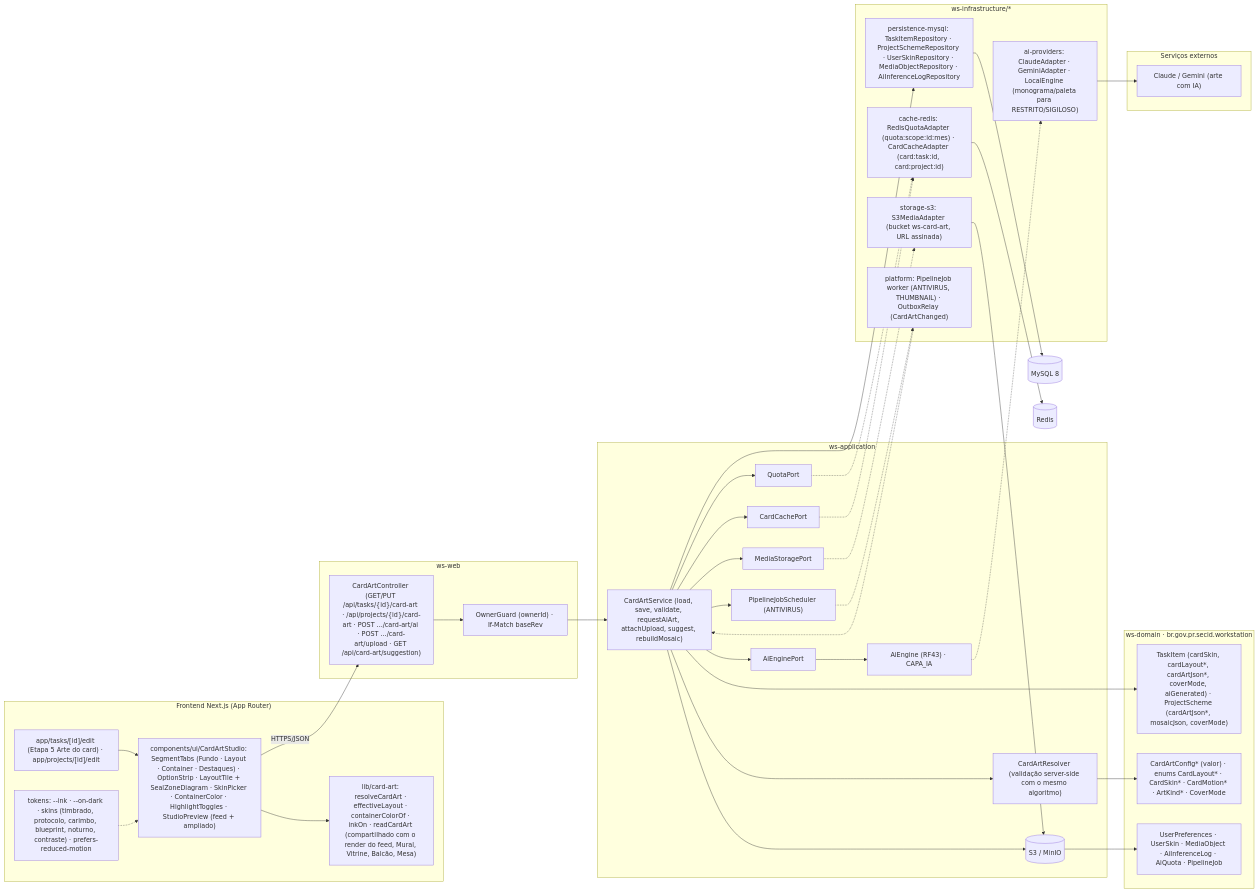
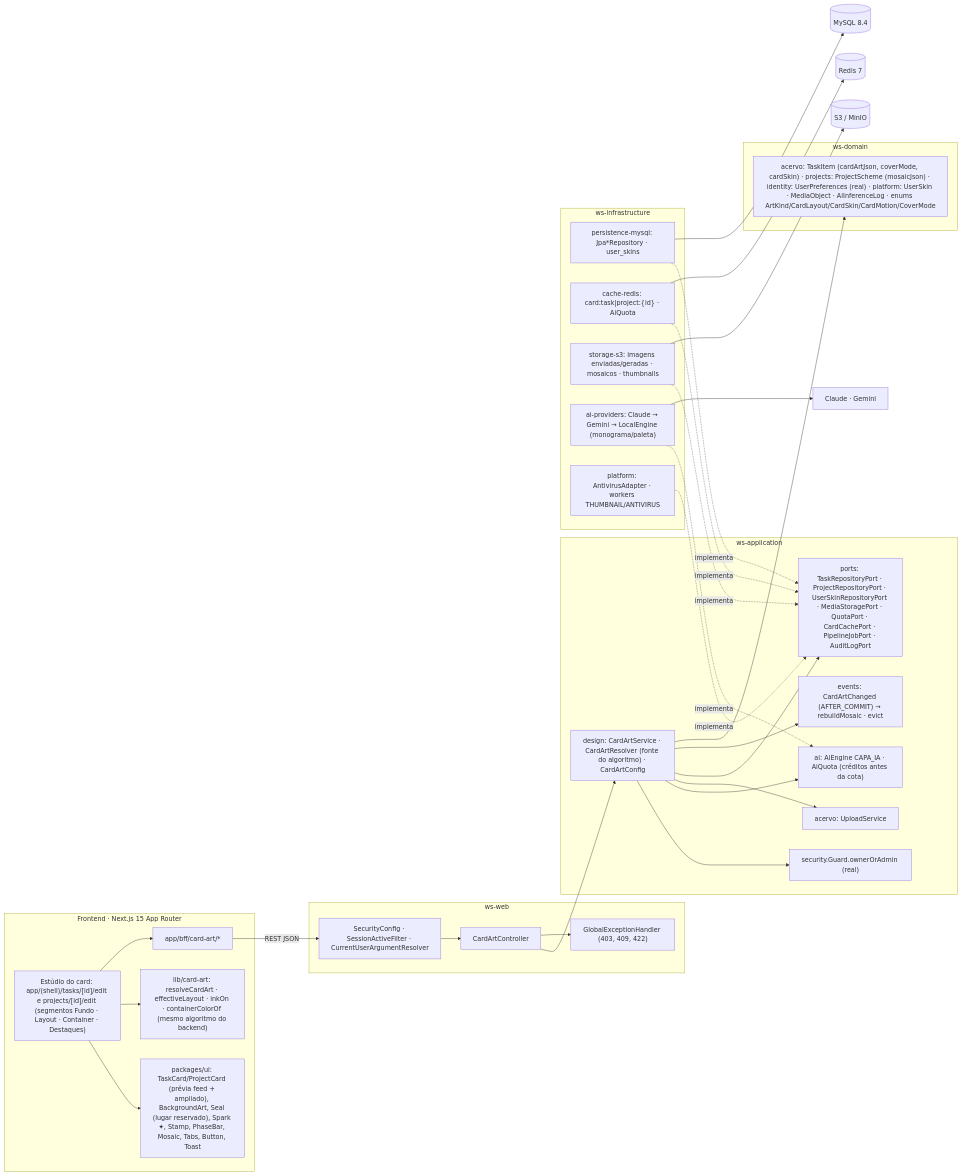
One commit to MatheusHaliski/Decia-app-2026 changed the fifth of 5 diagrams in docs/diagramas/RF11/README.md. Above: the diagram before and after it, drawn with Mermaid. The commit also changed other lines of this file and 4 other files, not shown here.

First line of the commit message:
docs(diagramas): reescreve RF11–RF15 (estúdio do card, editar esquema, gerar artefato, página do departamento, página da empresa)

````diff
--- a/docs/diagramas/RF11/README.md
+++ b/docs/diagramas/RF11/README.md
@@ -509,69 +423,53 @@
 ```mermaid
 flowchart LR
-  subgraph FE["Frontend Next.js (App Router)"]
-    FE1["app/tasks/[id]/edit (Etapa 5 Arte do card) · app/projects/[id]/edit"]
-    FE2["components/ui/CardArtStudio: SegmentTabs (Fundo · Layout · Container · Destaques) · OptionStrip · LayoutTile + SealZoneDiagram · SkinPicker · ContainerColor · HighlightToggles · StudioPreview (feed + ampliado)"]
-    FE3["lib/card-art: resolveCardArt · effectiveLayout · containerColorOf · inkOn · readCardArt (compartilhado com o render do feed, Mural, Vitrine, Balcão, Mesa)"]
-    FE4["tokens: --ink · --on-dark · skins (timbrado, protocolo, carimbo, blueprint, noturno, contraste) · prefers-reduced-motion"]
+  subgraph FE["Frontend · Next.js 15 App Router"]
+    PG["Estúdio do card: app/(shell)/tasks/[id]/edit e projects/[id]/edit (segmentos Fundo · Layout · Container · Destaques)"]
+    UI["packages/ui: TaskCard/ProjectCard (prévia feed + ampliado), BackgroundArt, Seal (lugar reservado), Spark ✦, Stamp, PhaseBar, Mosaic, Tabs, Button, Toast"]
+    RES["lib/card-art: resolveCardArt · effectiveLayout · inkOn · containerColorOf (mesmo algoritmo do backend)"]
+    BFF["app/bff/card-art/*"]
+    PG --> UI
+    PG --> RES
+    PG --> BFF
+  end
+  subgraph WSWEB["ws-web"]
+    SEC["SecurityConfig · SessionActiveFilter · CurrentUserArgumentResolver"]
+    CC["CardArtController"]
+    GEH["GlobalExceptionHandler (403, 409, 422)"]
+  end
+  subgraph WSAPP["ws-application"]
+    CAS["design: CardArtService · CardArtResolver (fonte do algoritmo) · CardArtConfig"]
+    AIE["ai: AiEngine CAPA_IA · AiQuota (créditos antes da cota)"]
+    UP["acervo: UploadService"]
+    GD["security.Guard.ownerOrAdmin (real)"]
+    PORTS["ports: TaskRepositoryPort · ProjectRepositoryPort · UserSkinRepositoryPort · MediaStoragePort · QuotaPort · CardCachePort · PipelineJobPort · AuditLogPort"]
+    EVT["events: CardArtChanged (AFTER_COMMIT) → rebuildMosaic · evict"]
+    CAS --> GD
+    CAS --> AIE
+    CAS --> UP
+    CAS --> PORTS
+    CAS --> EVT
+  end
+  subgraph WSDOM["ws-domain"]
+    DOM["acervo: TaskItem (cardArtJson, coverMode, cardSkin) · projects: ProjectScheme (mosaicJson) · identity: UserPreferences (real) · platform: UserSkin · MediaObject · AiInferenceLog · enums ArtKind/CardLayout/CardSkin/CardMotion/CoverMode"]
+  end
+  subgraph INFRA["ws-infrastructure"]
+    MY["persistence-mysql: Jpa*Repository · user_skins"]
+    RDS["cache-redis: card:task|project:{id} · AiQuota"]
+    S3["storage-s3: imagens enviadas/geradas · mosaicos · thumbnails"]
+    AIP["ai-providers: Claude → Gemini → LocalEngine (monograma/paleta)"]
+    PLT["platform: AntivirusAdapter · workers THUMBNAIL/ANTIVIRUS"]
   end
 
-  subgraph WEB["ws-web"]
-    C1["CardArtController (GET/PUT /api/tasks/{id}/card-art · /api/projects/{id}/card-art · POST .../card-art/ai · POST .../card-art/upload · GET /api/card-art/suggestion)"]
-    C2["OwnerGuard (ownerId) · If-Match baseRev"]
-  end
-
-  subgraph APP["ws-application"]
-    S1["CardArtService (load, save, validate, requestAiArt, attachUpload, suggest, rebuildMosaic)"]
-    S2["CardArtResolver (validação server-side com o mesmo algoritmo)"]
-    S3["PreferencesService (ownsSkin, defaultCardSkin)"]
-    S4["AiEngine (RF43) · CAPA_IA"]
-    P1["AiEnginePort"]
-    P2["MediaStoragePort"]
-    P3["QuotaPort"]
-    P4["CardCachePort"]
-    P5["PipelineJobScheduler (ANTIVIRUS)"]
-  end
-
-  subgraph DOM["ws-domain · br.gov.pr.secid.workstation"]
-    D1["TaskItem (cardSkin, cardLayout*, cardArtJson*, coverMode, aiGenerated) · ProjectScheme (cardArtJson*, mosaicJson, coverMode)"]
-    D2["CardArtConfig* (valor) · enums CardLayout* · CardSkin* · CardMotion* · ArtKind* · CoverMode"]
-    D3["UserPreferences · UserSkin · MediaObject · AiInferenceLog · AiQuota · PipelineJob"]
-  end
-
-  subgraph INFRA["ws-infrastructure/*"]
-    I1["persistence-mysql: TaskItemRepository · ProjectSchemeRepository · UserSkinRepository · MediaObjectRepository · AiInferenceLogRepository"]
-    I2["storage-s3: S3MediaAdapter (bucket ws-card-art, URL assinada)"]
-    I3["cache-redis: RedisQuotaAdapter (quota:scope:id:mes) · CardCacheAdapter (card:task:id, card:project:id)"]
-    I4["ai-providers: ClaudeAdapter · GeminiAdapter · LocalEngine (monograma/paleta para RESTRITO/SIGILOSO)"]
-    I5["platform: PipelineJob worker (ANTIVIRUS, THUMBNAIL) · OutboxRelay (CardArtChanged)"]
-  end
-
-  subgraph EXT["Serviços externos"]
-    X1["Claude / Gemini (arte com IA)"]
-  end
-
-  MY[("MySQL 8")]
-  RD[("Redis")]
-  S3[("S3 / MinIO")]
-
-  FE1 --> FE2 --> FE3
-  FE4 -.-> FE2
-  FE2 -->|"HTTPS/JSON"| C1 --> C2 --> S1
-  S1 --> S2
-  S1 --> S3
-  S1 --> P1 --> S4
-  S1 --> P2
-  S1 --> P3
-  S1 --> P4
-  S1 --> P5
-  S1 --> D1
-  S2 --> D2
-  S3 --> D3
-  S4 -.-> I4 --> X1
-  P2 -.-> I2 --> S3
-  P3 -.-> I3 --> RD
-  P4 -.-> I3
-  P5 -.-> I5
-  S1 --> I1 --> MY
-  I5 -.-> S1
+  BFF -->|"REST JSON"| SEC --> CC --> CAS
+  CC --> GEH
+  MY -.implementa.-> PORTS
+  RDS -.implementa.-> PORTS
+  S3 -.implementa.-> PORTS
+  PLT -.implementa.-> PORTS
+  AIP -.implementa.-> AIE
+  CAS --> DOM
+  MY --> DB[("MySQL 8.4")]
+  RDS --> RD[("Redis 7")]
+  S3 --> MINIO[("S3 / MinIO")]
+  AIP --> CL["Claude · Gemini"]
 ```
````
